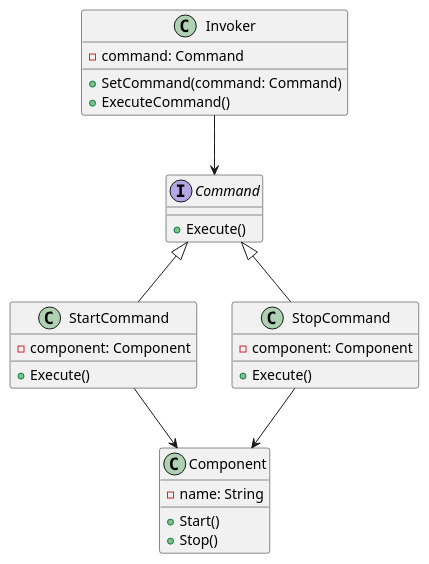
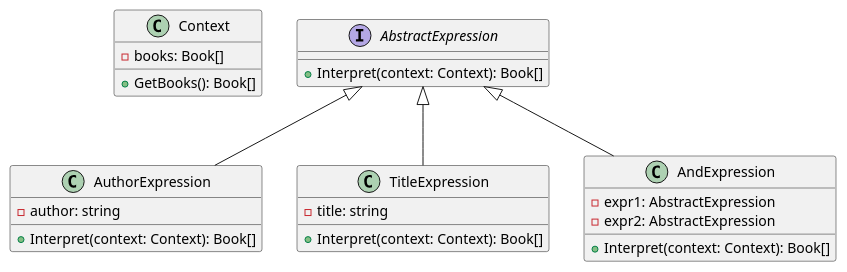
The diagram in klassifikaciya-patternov/povedencheskie-patterny-behavioral-patterns/interpretator-interpreter/primery/interpretaciya-polzovatelskikh-zaprosov/go.md (andrewovchinnikov/design-patterns), drawn with PlantUML before and after one commit. The commit also changed other lines of this file and 101 other files, not shown here.

````diff
--- a/klassifikaciya-patternov/povedencheskie-patterny-behavioral-patterns/interpretator-interpreter/primery/interpretaciya-polzovatelskikh-zaprosov/go.md
+++ b/klassifikaciya-patternov/povedencheskie-patterny-behavioral-patterns/interpretator-interpreter/primery/interpretaciya-polzovatelskikh-zaprosov/go.md
@@ -124,35 +155,34 @@
 ```plantuml
 @startuml
-interface Command {
-    +Execute()
+
+class Context {
+    -books: Book[]
+    +GetBooks(): Book[]
 }
 
-class StartCommand {
-    -component: Component
-    +Execute()
+interface AbstractExpression {
+    +Interpret(context: Context): Book[]
 }
 
-class StopCommand {
-    -component: Component
-    +Execute()
+class AuthorExpression {
+    -author: string
+    +Interpret(context: Context): Book[]
 }
 
-class Component {
-    -name: String
-    +Start()
-    +Stop()
+class TitleExpression {
+    -title: string
+    +Interpret(context: Context): Book[]
 }
 
-class Invoker {
-    -command: Command
-    +SetCommand(command: Command)
-    +ExecuteCommand()
+class AndExpression {
+    -expr1: AbstractExpression
+    -expr2: AbstractExpression
+    +Interpret(context: Context): Book[]
 }
 
-Command <|-- StartCommand
-Command <|-- StopCommand
-StartCommand --> Component
-StopCommand --> Component
-Invoker --> Command
+AbstractExpression <|-- AuthorExpression
+AbstractExpression <|-- TitleExpression
+AbstractExpression <|-- AndExpression
+
 @enduml
 ```
````
